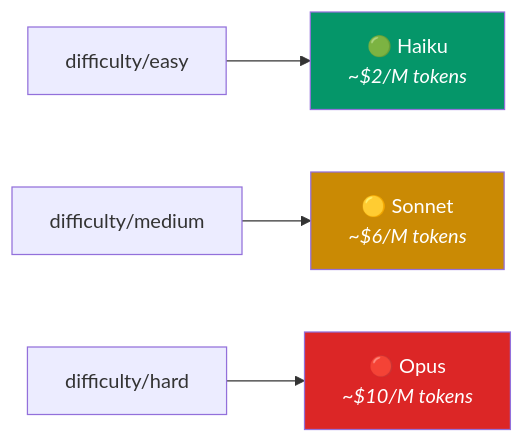
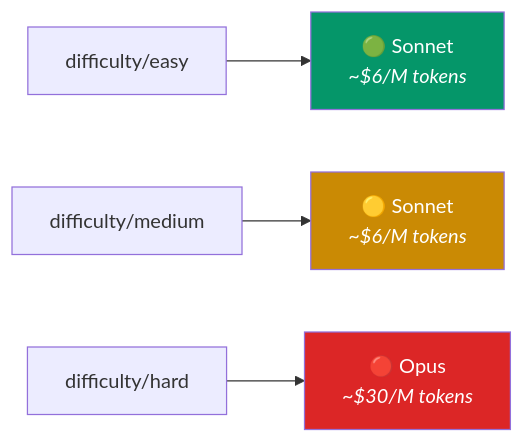
The third of 5 diagrams in README.md (carlosboeing/agentic-sdlc-workflow), drawn with Mermaid before and after one commit. The commit also changed other lines of this file and 2 other files, not shown here.

````diff
--- a/README.md
+++ b/README.md
@@ -114,10 +114,10 @@
 ```mermaid
 graph LR
-    D["difficulty/easy"] --> H["🟢 Haiku<br/><i>~$2/M tokens</i>"]
-    M["difficulty/medium"] --> S["🟡 Sonnet<br/><i>~$6/M tokens</i>"]
-    X["difficulty/hard"] --> O["🔴 Opus<br/><i>~$10/M tokens</i>"]
+    D["difficulty/easy"] --> S1["🟢 Sonnet<br/><i>~$6/M tokens</i>"]
+    M["difficulty/medium"] --> S2["🟡 Sonnet<br/><i>~$6/M tokens</i>"]
+    X["difficulty/hard"] --> O["🔴 Opus<br/><i>~$30/M tokens</i>"]
 
-    style H fill:#059669,color:#fff
-    style S fill:#ca8a04,color:#fff
+    style S1 fill:#059669,color:#fff
+    style S2 fill:#ca8a04,color:#fff
     style O fill:#dc2626,color:#fff
 ```
````
